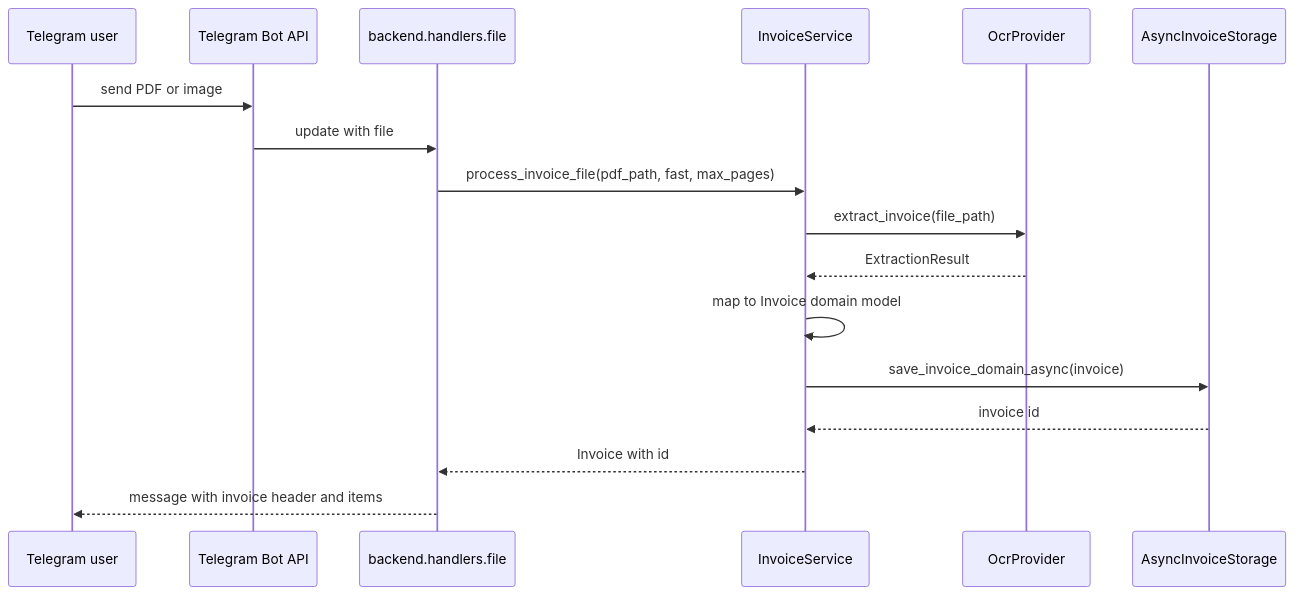
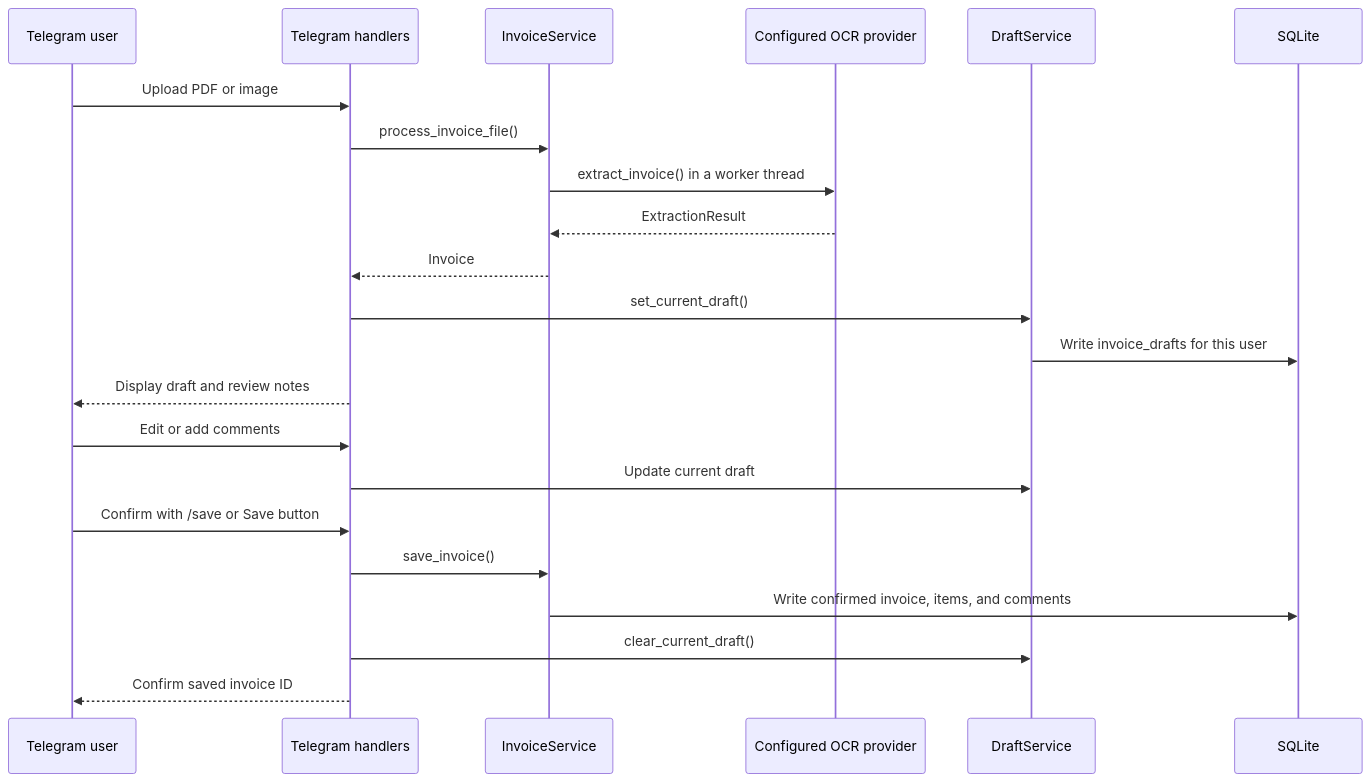
One commit to AmaLS367/InvoiceFlowBot changed the second of 2 diagrams in docs/en/architecture.md. Above: the diagram before and after it, drawn with Mermaid. The commit also changed other lines of this file and 37 other files, not shown here.

````diff
--- a/docs/en/architecture.md
+++ b/docs/en/architecture.md
@@ -64,20 +64,25 @@
 ```mermaid
 sequenceDiagram
     participant User as Telegram user
-    participant TG as Telegram Bot API
-    participant H as backend.handlers.file
-    participant S as InvoiceService
-    participant O as OcrProvider
-    participant ST as AsyncInvoiceStorage
+    participant H as Telegram handlers
+    participant I as InvoiceService
+    participant O as Configured OCR provider
+    participant D as DraftService
+    participant DB as SQLite
 
-    User->>TG: send PDF or image
-    TG->>H: update with file
-    H->>S: process_invoice_file(pdf_path, fast, max_pages)
-    S->>O: extract_invoice(file_path)
-    O-->>S: ExtractionResult
-    S->>S: map to Invoice domain model
-    S->>ST: save_invoice_domain_async(invoice)
-    ST-->>S: invoice id
-    S-->>H: Invoice with id
-    H-->>User: message with invoice header and items
+    User->>H: Upload PDF or image
+    H->>I: process_invoice_file()
+    I->>O: extract_invoice() in a worker thread
+    O-->>I: ExtractionResult
+    I-->>H: Invoice
+    H->>D: set_current_draft()
+    D->>DB: Write invoice_drafts for this user
+    H-->>User: Display draft and review notes
+    User->>H: Edit or add comments
+    H->>D: Update current draft
+    User->>H: Confirm with /save or Save button
+    H->>I: save_invoice()
+    I->>DB: Write confirmed invoice, items, and comments
+    H->>D: clear_current_draft()
+    H-->>User: Confirm saved invoice ID
 ```
````
